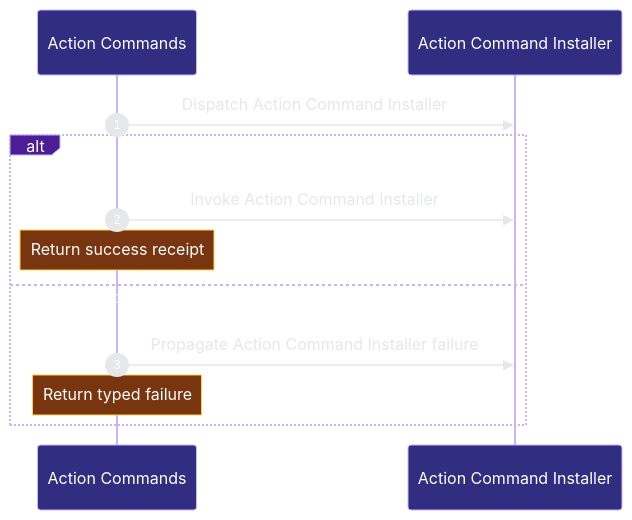
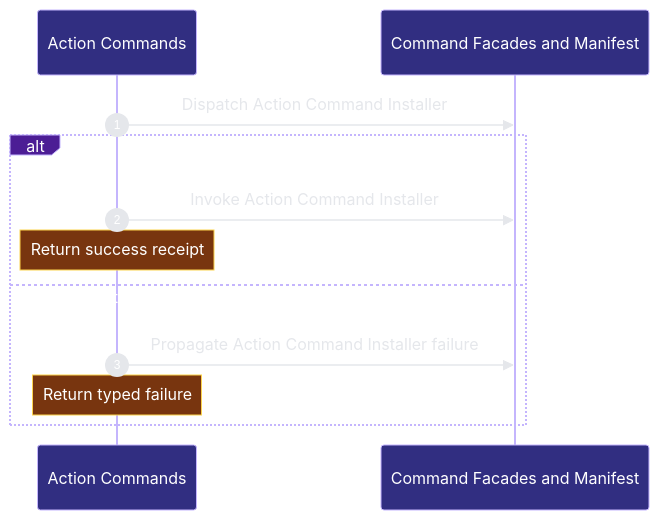
One commit to Ancienttwo/repo-harness changed the second of 3 diagrams in docs/architecture/modules/public-surface/action-commands.md. Above: the diagram before and after it, drawn with Mermaid. The commit also changed other lines of this file and 53 other files, not shown here.

````diff
--- a/docs/architecture/modules/public-surface/action-commands.md
+++ b/docs/architecture/modules/public-surface/action-commands.md
@@ -55,15 +61,15 @@
 ```mermaid
 %%{init: {"theme":"base","themeVariables":{"background":"#0d1117","actorBkg":"#312e81","actorBorder":"#c4b5fd","actorTextColor":"#ffffff","signalColor":"#e5e7eb","signalTextColor":"#e5e7eb","labelBoxBkgColor":"#4c1d95","labelBoxBorderColor":"#c4b5fd","labelTextColor":"#ffffff","noteBkgColor":"#78350f","noteBorderColor":"#fcd34d","noteTextColor":"#ffffff","sequenceNumberColor":"#ffffff"}}}%%
 sequenceDiagram
   autonumber
   participant p2_capability_4262990f as Action Commands
-  participant p2_component_7b8d80ff as Action Command Installer
+  participant p2_component_7b8d80ff as Command Facades and Manifest
   p2_capability_4262990f->>p2_component_7b8d80ff: Dispatch Action Command Installer
   alt Install action command skills completes
   p2_capability_4262990f->>p2_component_7b8d80ff: Invoke Action Command Installer
     Note over p2_capability_4262990f: Return success receipt
   else Install action command skills is rejected or fails
   p2_capability_4262990f->>p2_component_7b8d80ff: Propagate Action Command Installer failure
     Note over p2_capability_4262990f: Return typed failure
   end
 ```
````
